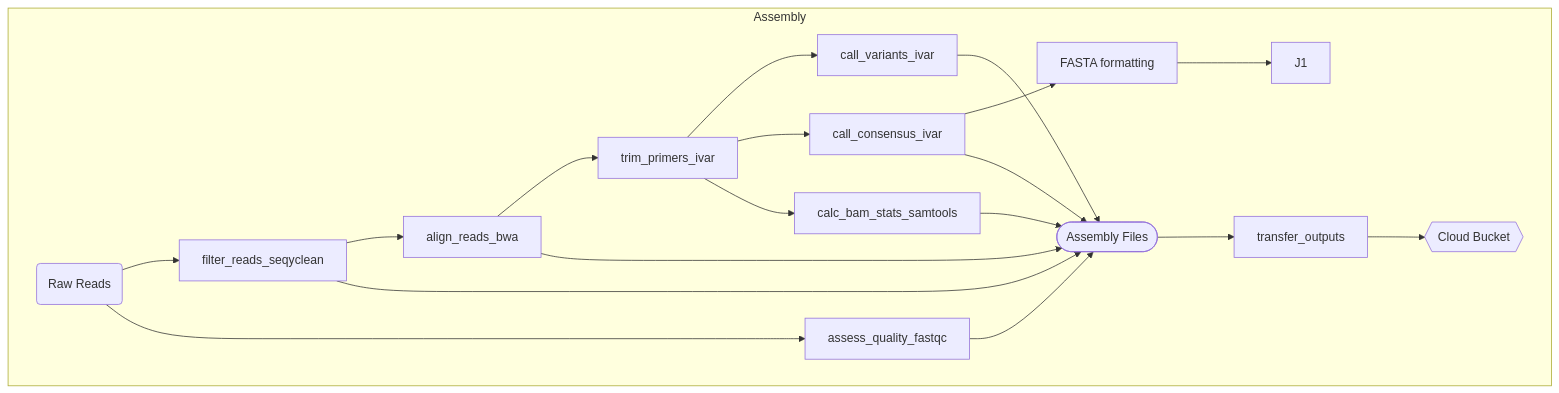
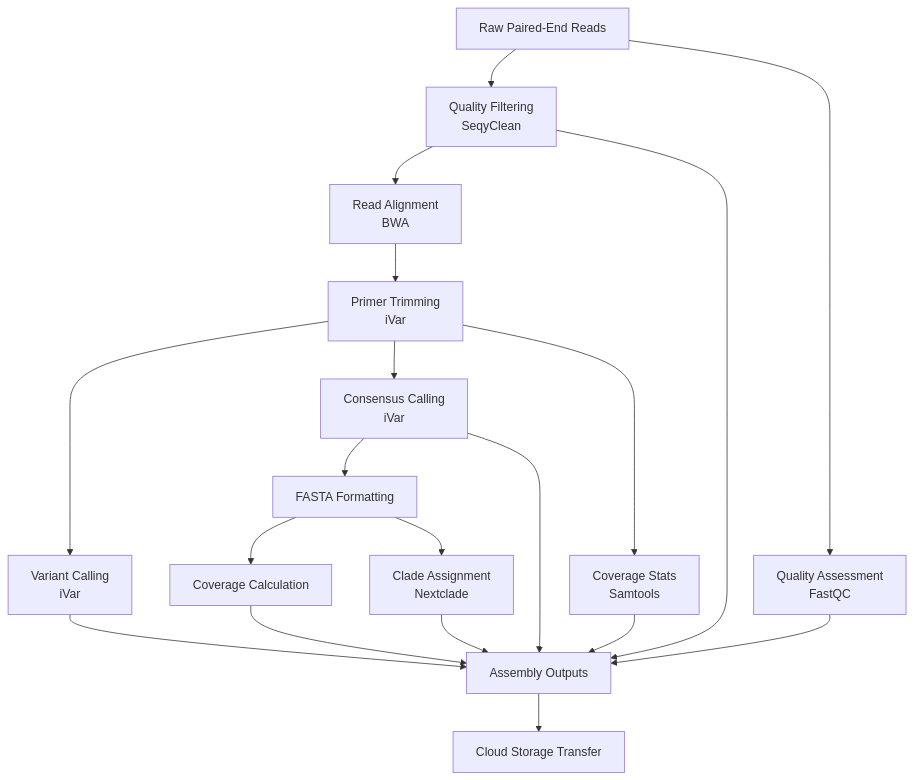
Before and after one commit to CDPHE-bioinformatics/CDPHE-Viral-Amplicon-WDL: the first of 3 diagrams in README.md, drawn with Mermaid. The commit also changed other lines of this file, not shown here.

````diff
--- a/README.md
+++ b/README.md
@@ -27,23 +27,15 @@
 ```mermaid
 graph TD
-    subgraph Assembly
-    A1(Raw Reads) --> B1
-    A1 --> C1
-    B1[filter_reads_seqyclean] --> D1
-    B1 --> L1
-    C1[assess_quality_fastqc] --> L1
-    D1[align_reads_bwa] --> E1
-    D1 --> L1
-    E1[trim_primers_ivar] --> F1
-    E1 --> G1
-    E1 --> H1
-    F1[call_variants_ivar] --> L1
-    G1[call_consensus_ivar] --> I1
-    G1 --> L1
-    H1[calc_bam_stats_samtools] --> L1
-    I1[FASTA formatting] --> J1
-    L1([Assembly Files]) --> M1
-    M1[transfer_outputs] --> N1
-    N1{{Cloud Bucket}}
-    end
+    A[Raw Paired-End Reads] --> B[Quality Filtering<br/>SeqyClean]
+    A --> C[Quality Assessment<br/>FastQC]
+    B --> D[Read Alignment<br/>BWA]
+    D --> E[Primer Trimming<br/>iVar]
+    E --> F[Variant Calling<br/>iVar]
+    E --> G[Consensus Calling<br/>iVar]
+    E --> H[Coverage Stats<br/>Samtools]
+    G --> I[FASTA Formatting]
+    I --> J[Coverage Calculation]
+    I --> K[Clade Assignment<br/>Nextclade]
+    B & C & F & G & H & J & K --> L[Assembly Outputs]
+    L --> M[Cloud Storage Transfer]
 ```
````
